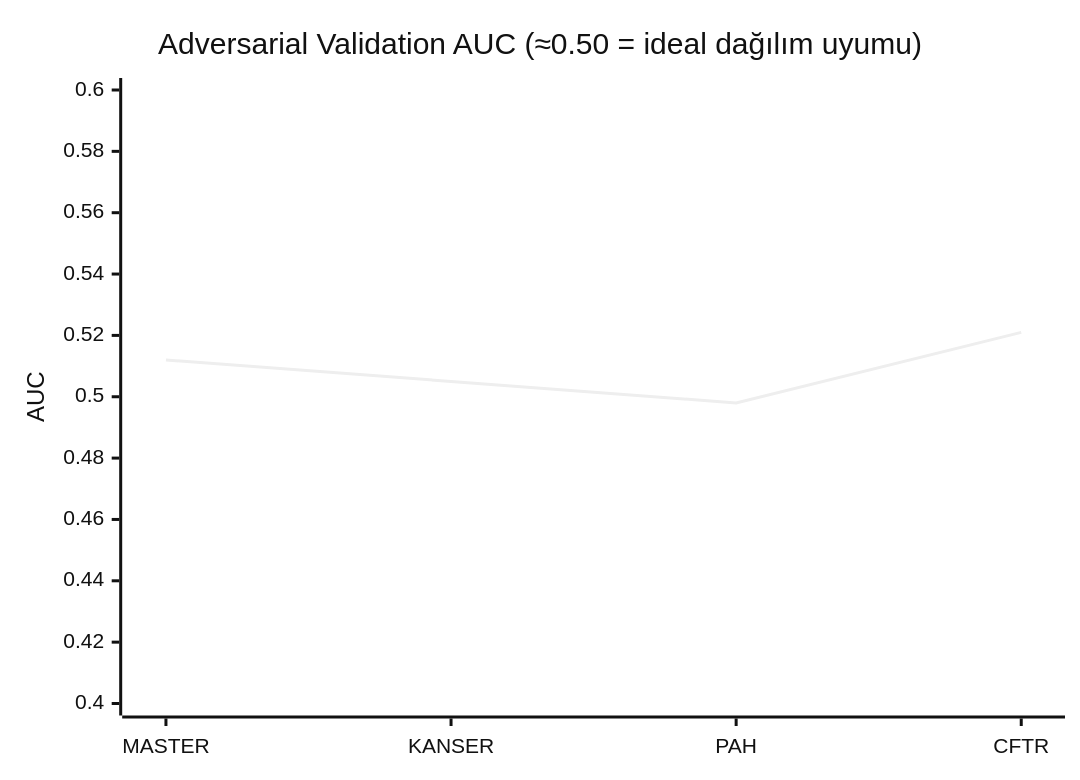
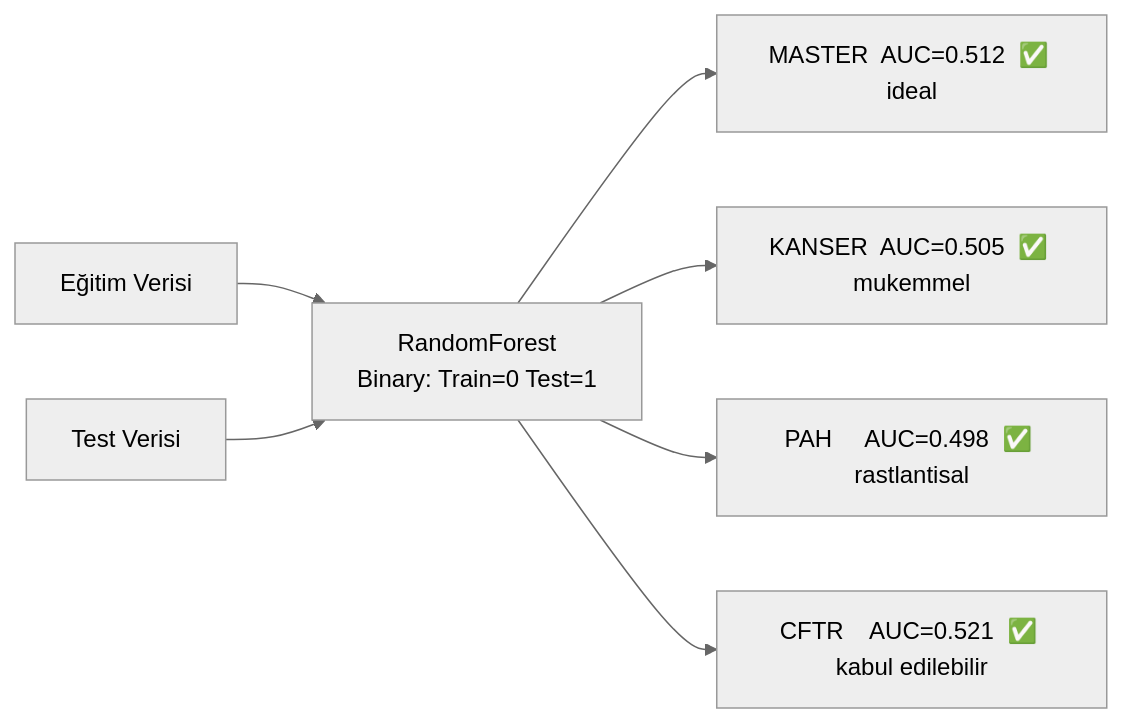
One commit to msgxr/VARIANT-GNN changed the ninth of 16 diagrams in README.md. Above: the diagram before and after it, drawn with Mermaid (neutral theme). The commit also changed other lines of this file, not shown here.

Commit message:
docs: README diyagram bug fix — xychart-beta ve nested subgraph kaldirildi, GitHub uyumlu

````diff
--- a/README.md
+++ b/README.md
@@ -510,7 +428,17 @@
 ```mermaid
-xychart-beta
-    title "Adversarial Validation AUC (≈0.50 = ideal dağılım uyumu)"
-    x-axis ["MASTER", "KANSER", "PAH", "CFTR"]
-    y-axis "AUC" 0.40 --> 0.60
-    line [0.512, 0.505, 0.498, 0.521]
+flowchart LR
+    T["Eğitim Verisi"]
+    TE["Test Verisi"]
+    RF["RandomForest\nBinary: Train=0 Test=1"]
+    R1["MASTER  AUC=0.512  ✅ ideal"]
+    R2["KANSER  AUC=0.505  ✅ mukemmel"]
+    R3["PAH     AUC=0.498  ✅ rastlantisal"]
+    R4["CFTR    AUC=0.521  ✅ kabul edilebilir"]
+
+    T --> RF
+    TE --> RF
+    RF --> R1
+    RF --> R2
+    RF --> R3
+    RF --> R4
 ```
````
